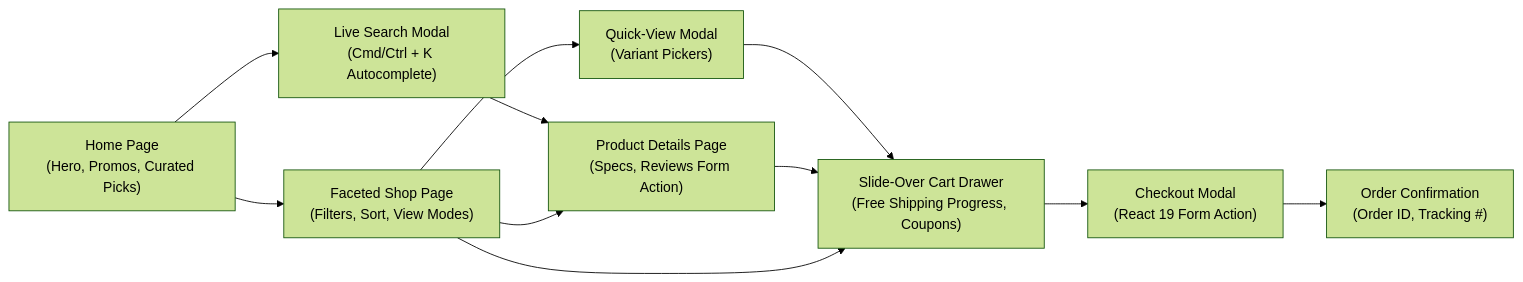
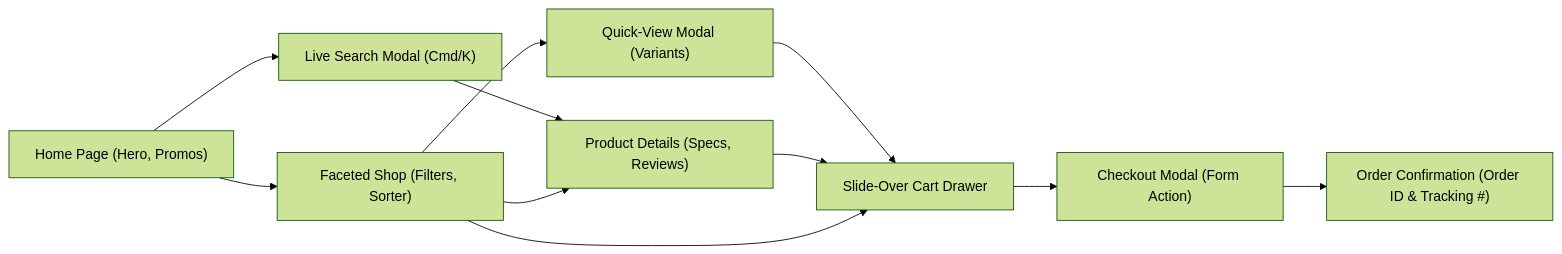
Before and after one commit to udhai-kumar/EazyKart: the fifth of 5 diagrams in README.md, drawn with Mermaid (forest theme). The commit also changed other lines of this file, not shown here.

Commit message:
docs: simplify and clean up architecture diagrams and component labels in README.md

````diff
--- a/README.md
+++ b/README.md
@@ -139,16 +139,16 @@
 ```mermaid
 flowchart LR
-  Home["Home Page\n(Hero, Promos, Curated Picks)"] --> Search["Live Search Modal\n(Cmd/Ctrl + K Autocomplete)"]
-  Home --> Shop["Faceted Shop Page\n(Filters, Sort, View Modes)"]
+  Home["Home Page (Hero, Promos)"] --> Search["Live Search Modal (Cmd/K)"]
+  Home --> Shop["Faceted Shop (Filters, Sorter)"]
   
-  Search --> Details["Product Details Page\n(Specs, Reviews Form Action)"]
-  Shop --> QuickView["Quick-View Modal\n(Variant Pickers)"]
+  Search --> Details["Product Details (Specs, Reviews)"]
+  Shop --> QuickView["Quick-View Modal (Variants)"]
   Shop --> Details
 
-  QuickView --> Cart["Slide-Over Cart Drawer\n(Free Shipping Progress, Coupons)"]
+  QuickView --> Cart["Slide-Over Cart Drawer"]
   Details --> Cart
   Shop --> Cart
 
-  Cart --> Checkout["Checkout Modal\n(React 19 Form Action)"]
-  Checkout --> Receipt["Order Confirmation\n(Order ID, Tracking #)"]
+  Cart --> Checkout["Checkout Modal (Form Action)"]
+  Checkout --> Receipt["Order Confirmation (Order ID & Tracking #)"]
 ```
````
